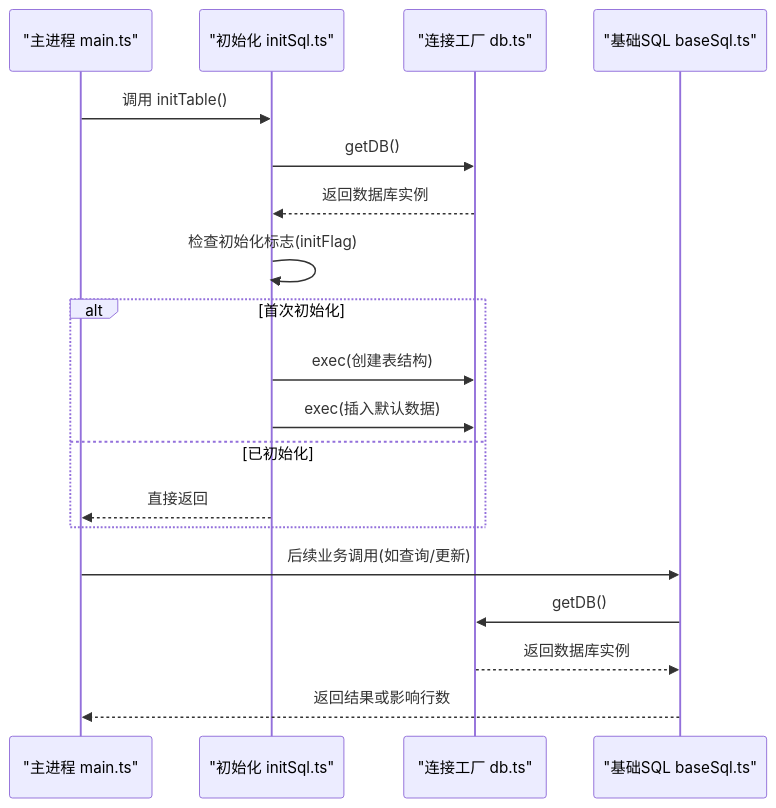
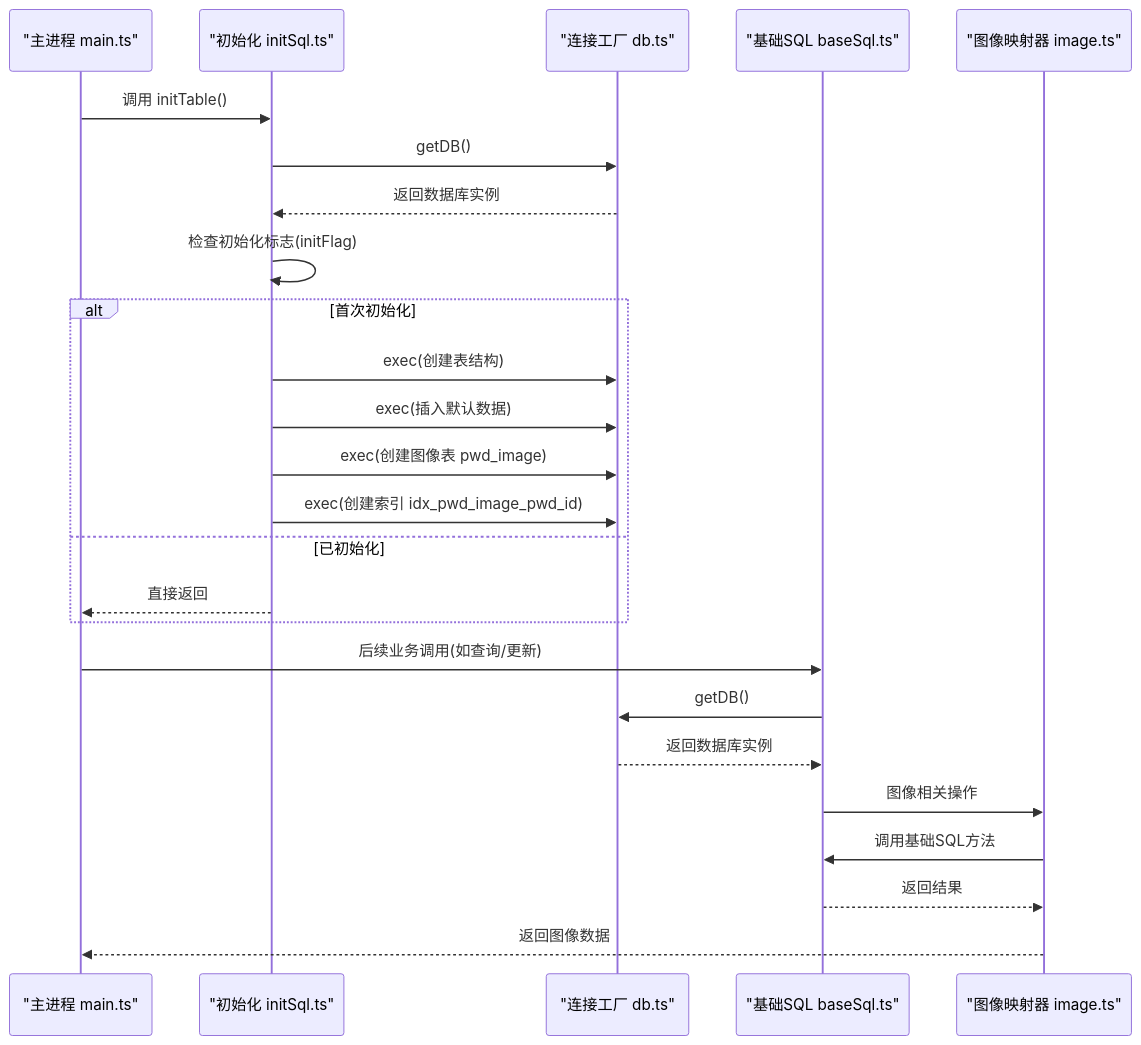
Before and after one commit to scgithub3220216/password-manager: the second of 6 diagrams in .qoder/repowiki/zh/content/架构设计/数据库层架构/数据库层架构.md, drawn with Mermaid. The commit also changed other lines of this file and 9 other files, not shown here.

First line of the commit message:
feat(sync): 新增图像数据同步支持

````diff
--- a/.qoder/repowiki/zh/content/架构设计/数据库层架构/数据库层架构.md
+++ b/.qoder/repowiki/zh/content/架构设计/数据库层架构/数据库层架构.md
@@ -131,21 +150,27 @@
 ```mermaid
 sequenceDiagram
 participant Main as "主进程 main.ts"
 participant Init as "初始化 initSql.ts"
 participant DB as "连接工厂 db.ts"
 participant Base as "基础SQL baseSql.ts"
+participant ImageMapper as "图像映射器 image.ts"
 Main->>Init : 调用 initTable()
 Init->>DB : getDB()
 DB-->>Init : 返回数据库实例
 Init->>Init : 检查初始化标志(initFlag)
 alt 首次初始化
 Init->>DB : exec(创建表结构)
 Init->>DB : exec(插入默认数据)
+Init->>DB : exec(创建图像表 pwd_image)
+Init->>DB : exec(创建索引 idx_pwd_image_pwd_id)
 else 已初始化
 Init-->>Main : 直接返回
 end
 Main->>Base : 后续业务调用(如查询/更新)
 Base->>DB : getDB()
 DB-->>Base : 返回数据库实例
-Base-->>Main : 返回结果或影响行数
+Base->>ImageMapper : 图像相关操作
+ImageMapper->>Base : 调用基础SQL方法
+Base-->>ImageMapper : 返回结果
+ImageMapper-->>Main : 返回图像数据
 ```
````
